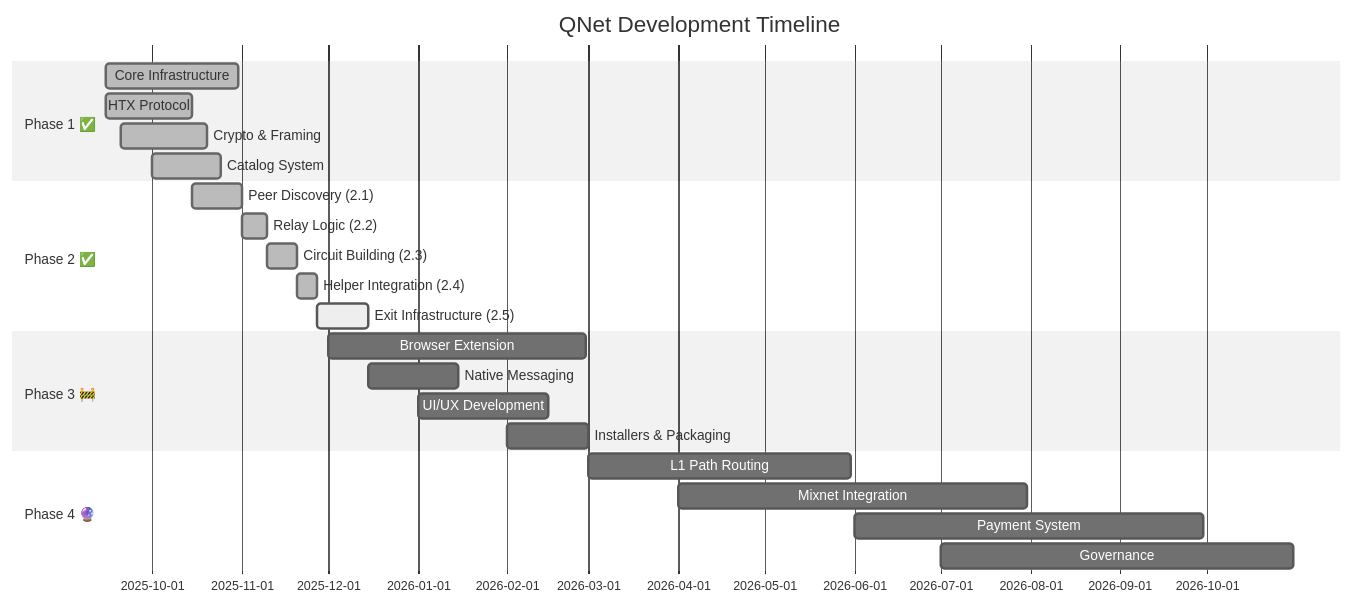
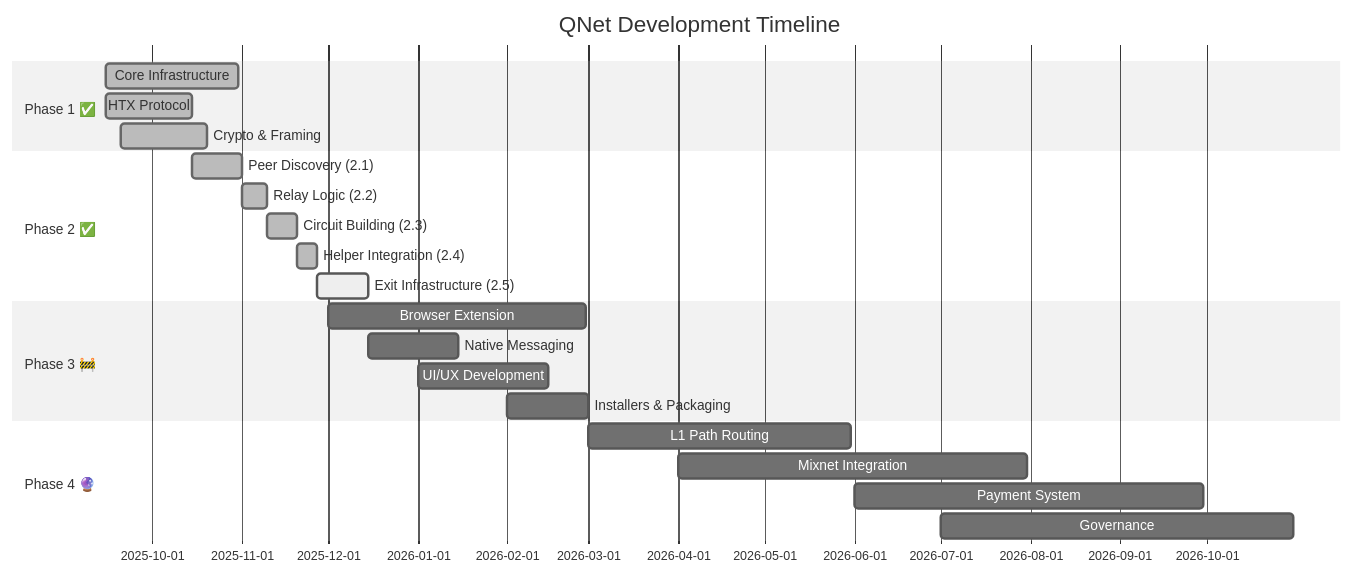
Diagram 15 of 15 in README.md (QW1CKS/qnet), drawn with Mermaid (neutral theme) before and after one commit. The commit also changed other lines of this file and 21 other files, not shown here.

````diff
--- a/README.md
+++ b/README.md
@@ -824,31 +807,30 @@
 ```mermaid
 gantt
     title QNet Development Timeline
     dateFormat YYYY-MM-DD
     todayMarker stroke-width:5px,stroke:#ff6b6b,opacity:0.8
     
     section Phase 1 ✅
     Core Infrastructure    :done, p1, 2025-09-15, 2025-10-31
     HTX Protocol          :done, p1a, 2025-09-15, 2025-10-15
     Crypto & Framing      :done, p1b, 2025-09-20, 2025-10-20
-    Catalog System        :done, p1c, 2025-10-01, 2025-10-25
     
     section Phase 2 ✅
     Peer Discovery (2.1)  :done, p2a, 2025-10-15, 2025-11-01
     Relay Logic (2.2)     :done, p2b, 2025-11-01, 2025-11-10
     Circuit Building (2.3):done, p2c, 2025-11-10, 2025-11-20
     Helper Integration (2.4):done, p2d, 2025-11-20, 2025-11-27
     Exit Infrastructure (2.5):active, p2e, 2025-11-27, 2025-12-15
     
     section Phase 3 🚧
     Browser Extension     :p3, 2025-12-01, 2026-02-28
     Native Messaging      :p3a, 2025-12-15, 2026-01-15
     UI/UX Development     :p3b, 2026-01-01, 2026-02-15
     Installers & Packaging:p3c, 2026-02-01, 2026-03-01
     
     section Phase 4 🔮
     L1 Path Routing       :p4a, 2026-03-01, 2026-05-31
     Mixnet Integration    :p4b, 2026-04-01, 2026-07-31
     Payment System        :p4c, 2026-06-01, 2026-09-30
     Governance            :p4d, 2026-07-01, 2026-10-31
 ```
````
